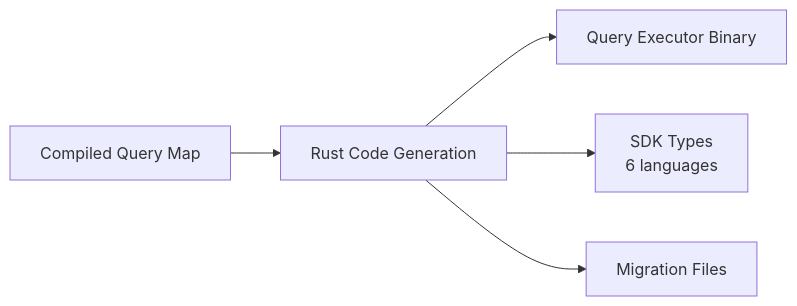
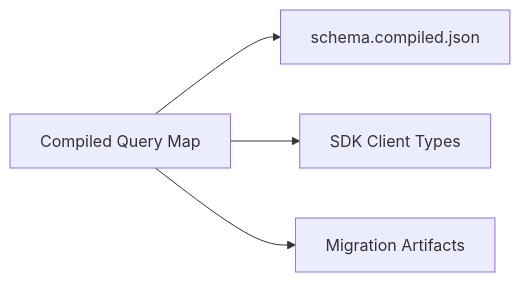
One commit to fraiseql/fraiseql-docs changed the fourth of 4 diagrams in src/content/docs/concepts/how-it-works.mdx. Above: the diagram before and after it, drawn with Mermaid. The commit also changed other lines of this file and 122 other files, not shown here.

````diff
--- a/src/content/docs/concepts/how-it-works.mdx
+++ b/src/content/docs/concepts/how-it-works.mdx
@@ -346,7 +346,6 @@
 ```mermaid
 graph LR
-    A[Compiled Query Map] --> B[Rust Code Generation]
-    B --> C[Query Executor Binary]
-    B --> D[SDK Types<br/>6 languages]
-    B --> E[Migration Files]
+    A[Compiled Query Map] --> B[schema.compiled.json]
+    A --> C[SDK Client Types]
+    A --> D[Migration Artifacts]
 ```
````
